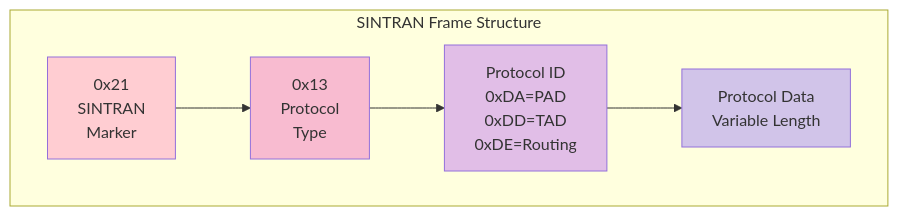
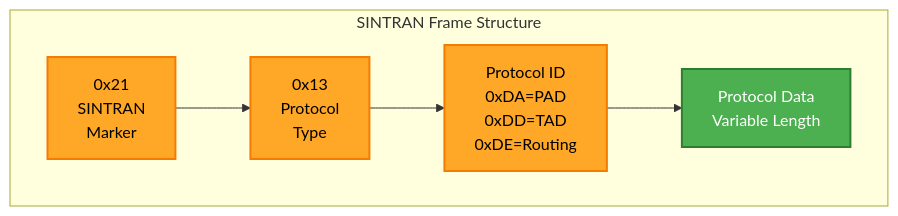
The seventh of 9 diagrams in src/RetroX25.Xot/README.md (RetroCoreLabs/RetroX25), drawn with Mermaid before and after one commit. The commit also changed other lines of this file and 10 other files, not shown here.

````diff
--- a/src/RetroX25.Xot/README.md
+++ b/src/RetroX25.Xot/README.md
@@ -288,19 +396,19 @@
 ```mermaid
 graph LR
     subgraph "SINTRAN Frame Structure"
         direction LR
         M1[0x21<br/>SINTRAN<br/>Marker]
         M2[0x13<br/>Protocol<br/>Type]
         PID[Protocol ID<br/>0xDA=PAD<br/>0xDD=TAD<br/>0xDE=Routing]
         DATA[Protocol Data<br/>Variable Length]
 
         M1 --> M2
         M2 --> PID
         PID --> DATA
     end
 
-    style M1 fill:#ffcdd2
-    style M2 fill:#f8bbd0
-    style PID fill:#e1bee7
-    style DATA fill:#d1c4e9
+    style M1 fill:#FFA726,stroke:#F57C00,stroke-width:2px,color:#000
+    style M2 fill:#FFA726,stroke:#F57C00,stroke-width:2px,color:#000
+    style PID fill:#FFA726,stroke:#F57C00,stroke-width:2px,color:#000
+    style DATA fill:#4CAF50,stroke:#2E7D32,stroke-width:2px,color:#fff
 ```
````
